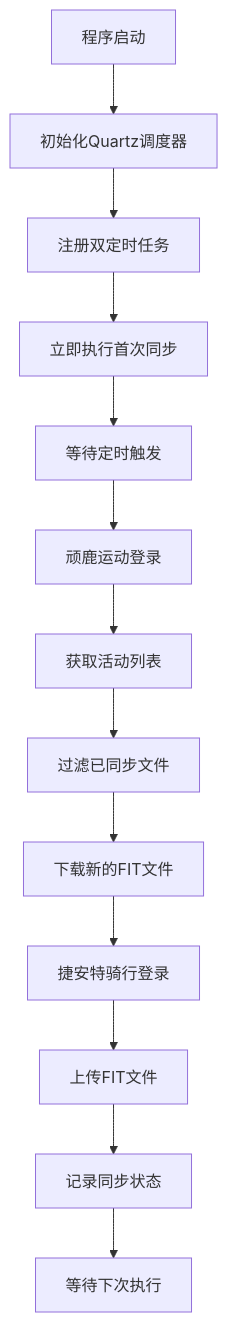
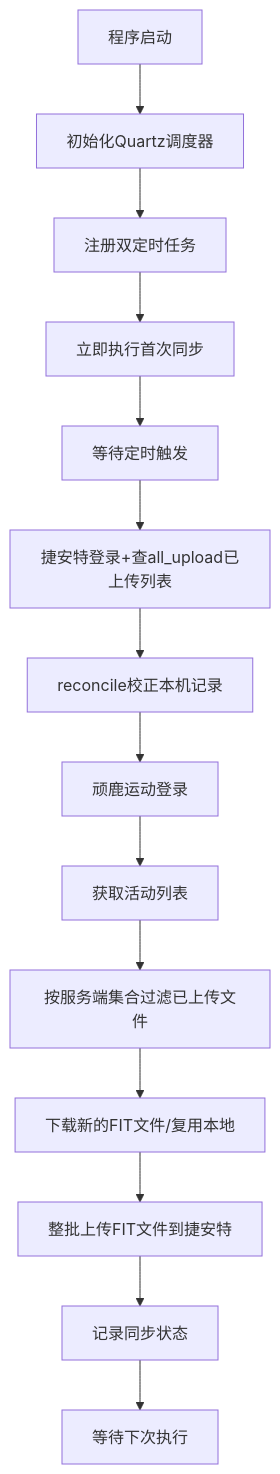
One commit to DreamMryang/synchronizeTheRecordingOfOnelapToGiant changed the diagram in desktop/PROJECT_DOCUMENTATION.md. Above: the diagram before and after it, drawn with Mermaid. The commit also changed other lines of this file and 2 other files, not shown here.

````diff
--- a/desktop/PROJECT_DOCUMENTATION.md
+++ b/desktop/PROJECT_DOCUMENTATION.md
@@ -203,16 +213,17 @@
 ```mermaid
 graph TD
     A[程序启动] --> B[初始化Quartz调度器]
     B --> C[注册双定时任务]
     C --> D[立即执行首次同步]
     D --> E[等待定时触发]
     
-    E --> F[顽鹿运动登录]
+    E --> A1[捷安特登录+查all_upload已上传列表]
+    A1 --> A2[reconcile校正本机记录]
+    A2 --> F[顽鹿运动登录]
     F --> G[获取活动列表]
-    G --> H[过滤已同步文件]
-    H --> I[下载新的FIT文件]
-    I --> J[捷安特骑行登录]
-    J --> K[上传FIT文件]
+    G --> H[按服务端集合过滤已上传文件]
+    H --> I[下载新的FIT文件/复用本地]
+    I --> K[整批上传FIT文件到捷安特]
     K --> L[记录同步状态]
     L --> M[等待下次执行]
 ```
````
